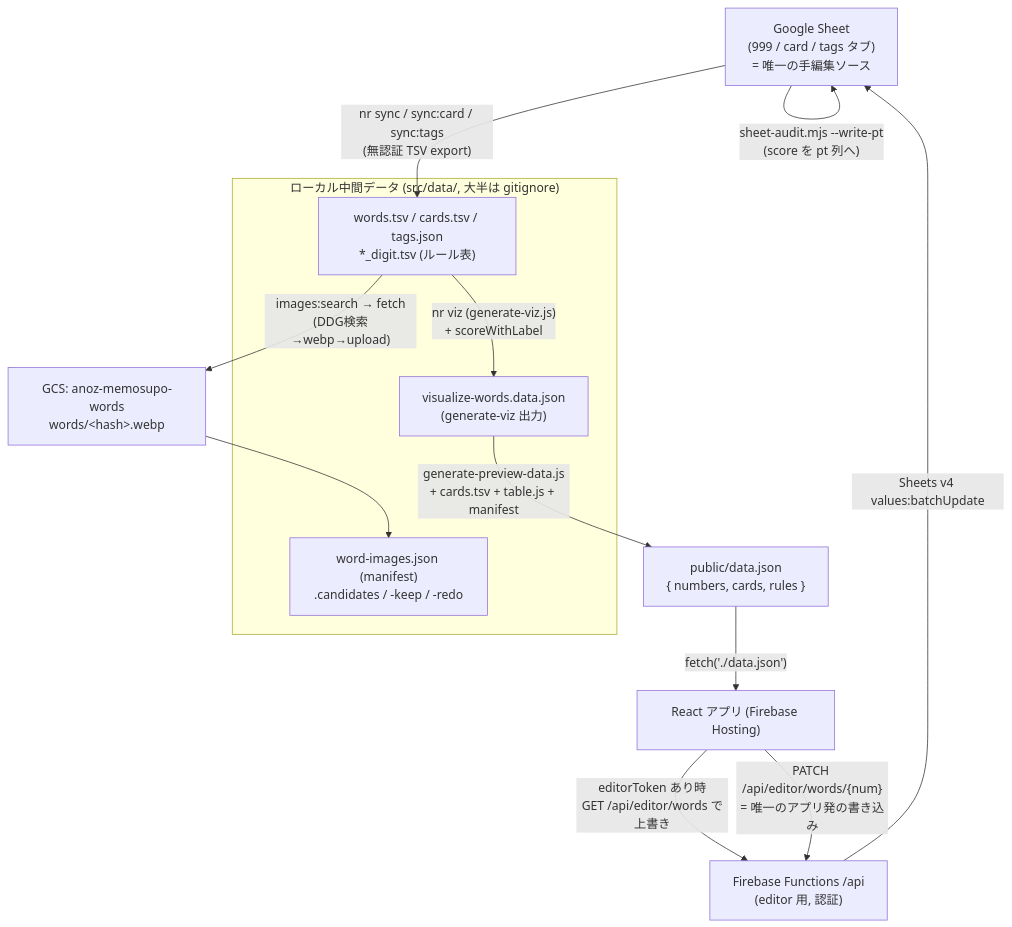
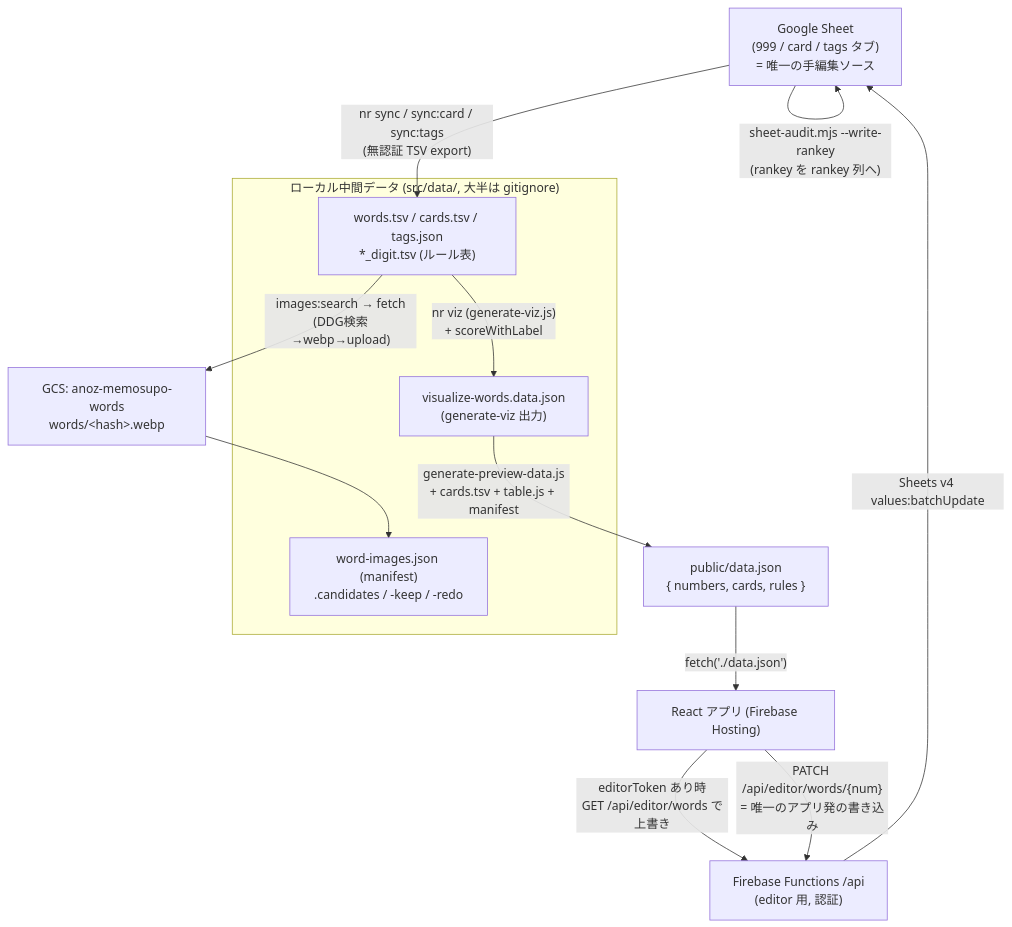
The diagram in docs/data-flow.md (elzup/999), drawn with Mermaid before and after one commit. The commit also changed other lines of this file and 2 other files, not shown here.

````diff
--- a/docs/data-flow.md
+++ b/docs/data-flow.md
@@ -14,26 +14,26 @@
 ```mermaid
 flowchart TD
   Sheet["Google Sheet<br/>(999 / card / tags タブ)<br/>= 唯一の手編集ソース"]
 
   subgraph local["ローカル中間データ (src/data/, 大半は gitignore)"]
     tsv["words.tsv / cards.tsv / tags.json<br/>*_digit.tsv (ルール表)"]
     imgstate["word-images.json (manifest)<br/>.candidates / -keep / -redo"]
     vizjson["visualize-words.data.json<br/>(generate-viz 出力)"]
   end
 
   GCS["GCS: anoz-memosupo-words<br/>words/&lt;hash&gt;.webp"]
   dataJson["public/data.json<br/>{ numbers, cards, rules }"]
   App["React アプリ (Firebase Hosting)"]
   API["Firebase Functions /api<br/>(editor 用, 認証)"]
 
   Sheet -- "nr sync / sync:card / sync:tags<br/>(無認証 TSV export)" --> tsv
   tsv -- "images:search → fetch<br/>(DDG検索→webp→upload)" --> GCS
   GCS --> imgstate
   tsv -- "nr viz (generate-viz.js)<br/>+ scoreWithLabel" --> vizjson
   vizjson -- "generate-preview-data.js<br/>+ cards.tsv + table.js + manifest" --> dataJson
   dataJson -- "fetch('./data.json')" --> App
   App -- "editorToken あり時<br/>GET /api/editor/words で上書き" --> API
   App -- "PATCH /api/editor/words/{num}<br/>= 唯一のアプリ発の書き込み" --> API
   API -- "Sheets v4 values:batchUpdate" --> Sheet
-  Sheet -- "sheet-audit.mjs --write-pt<br/>(score を pt 列へ)" --> Sheet
+  Sheet -- "sheet-audit.mjs --write-rankey<br/>(rankey を rankey 列へ)" --> Sheet
 ```
````
